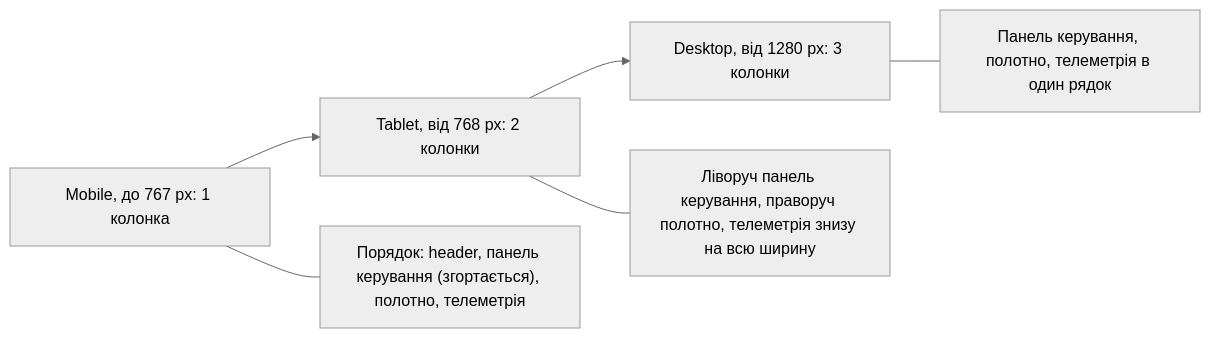
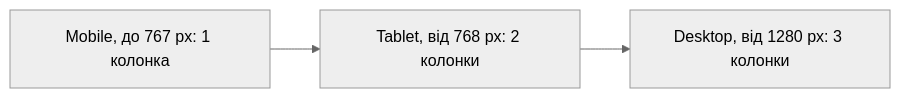
One commit to GreyA-A/physics-sim-frontend changed the third of 3 diagrams in docs/diagrams/03-wireframes.md. Above: the diagram before and after it, drawn with Mermaid (neutral theme). The commit also changed other lines of this file, not shown here.

Commit message:
docs: simplify responsive wireframe diagram

````diff
--- a/docs/diagrams/03-wireframes.md
+++ b/docs/diagrams/03-wireframes.md
@@ -79,8 +79,4 @@
 ```mermaid
 flowchart LR
-    M["Mobile, до 767 px: 1 колонка"] --> T["Tablet, від 768 px: 2 колонки"]
-    T --> D["Desktop, від 1280 px: 3 колонки"]
-    M --- MO["Порядок: header, панель керування (згортається), полотно, телеметрія"]
-    T --- TO["Ліворуч панель керування, праворуч полотно, телеметрія знизу на всю ширину"]
-    D --- DO["Панель керування, полотно, телеметрія в один рядок"]
+    M["Mobile, до 767 px: 1 колонка"] --> T["Tablet, від 768 px: 2 колонки"] --> D["Desktop, від 1280 px: 3 колонки"]
 ```
````
